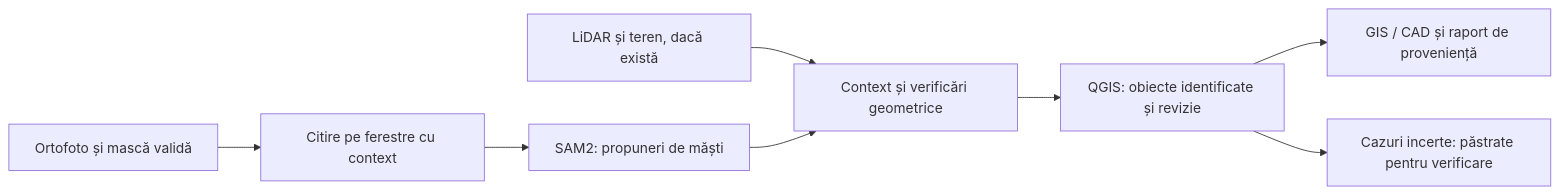
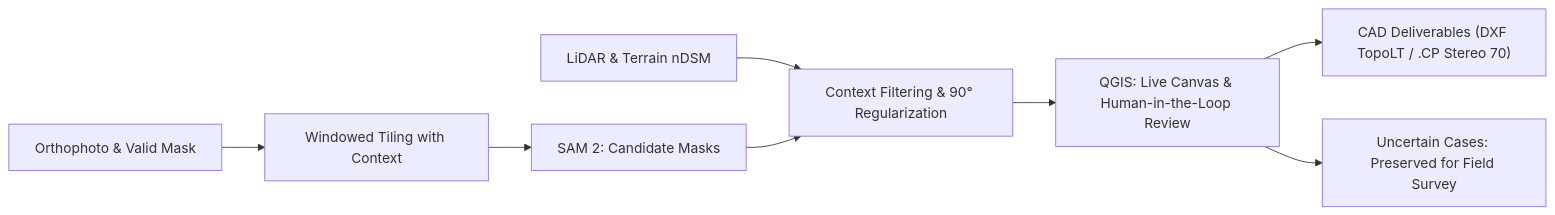
One commit to lefterpatrickandrei-sketch/StratumRO-QGIS changed the diagram in README.md. Above: the diagram before and after it, drawn with Mermaid. The commit also changed other lines of this file and 97 other files, not shown here.

````diff
--- a/README.md
+++ b/README.md
@@ -17,10 +50,10 @@
 ```mermaid
 flowchart LR
-    A[Ortofoto și mască validă] --> B[Citire pe ferestre cu context]
-    B --> C[SAM2: propuneri de măști]
-    L[LiDAR și teren, dacă există] --> D[Context și verificări geometrice]
+    A["Orthophoto & Valid Mask"] --> B["Windowed Tiling with Context"]
+    B --> C["SAM 2: Candidate Masks"]
+    L["LiDAR & Terrain nDSM"] --> D["Context Filtering & 90° Regularization"]
     C --> D
-    D --> E[QGIS: obiecte identificate și revizie]
-    E --> F[GIS / CAD și raport de proveniență]
-    E --> R[Cazuri incerte: păstrate pentru verificare]
+    D --> E["QGIS: Live Canvas & Human-in-the-Loop Review"]
+    E --> F["CAD Deliverables (DXF TopoLT / .CP Stereo 70)"]
+    E --> R["Uncertain Cases: Preserved for Field Survey"]
 ```
````
